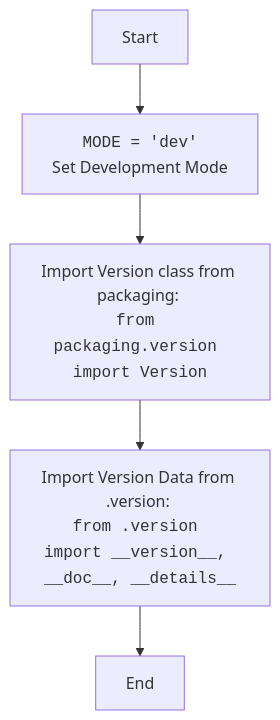
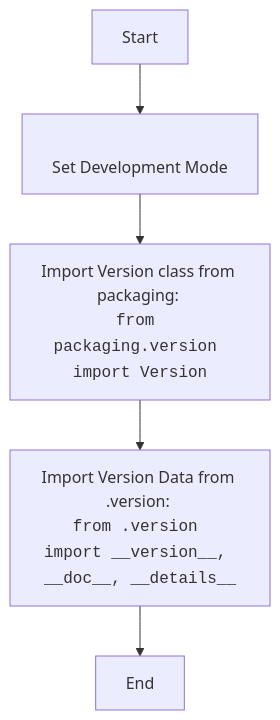
One commit to hypo69/hypo changed the diagram in docs/gemini/ru/explainer/src/webdriver/firefox/_examples/__init__.py.md. Above: the diagram before and after it, drawn with Mermaid. The commit also changed other lines of this file and 6031 other files, not shown here.

````diff
--- a/docs/gemini/ru/explainer/src/webdriver/firefox/_examples/__init__.py.md
+++ b/docs/gemini/ru/explainer/src/webdriver/firefox/_examples/__init__.py.md
@@ -20,7 +20,7 @@
 ```mermaid
 flowchart TD
-    Start --> DefineMode[<code>MODE = 'dev'</code><br>Set Development Mode]
+    Start --> DefineMode[<code></code><br>Set Development Mode]
     DefineMode --> ImportVersion[Import Version class from packaging: <br><code>from packaging.version import Version</code>]
     ImportVersion --> ImportVersionData[Import Version Data from .version: <br><code>from .version import __version__, __doc__, __details__</code>]
     ImportVersionData --> End
 ```
````
